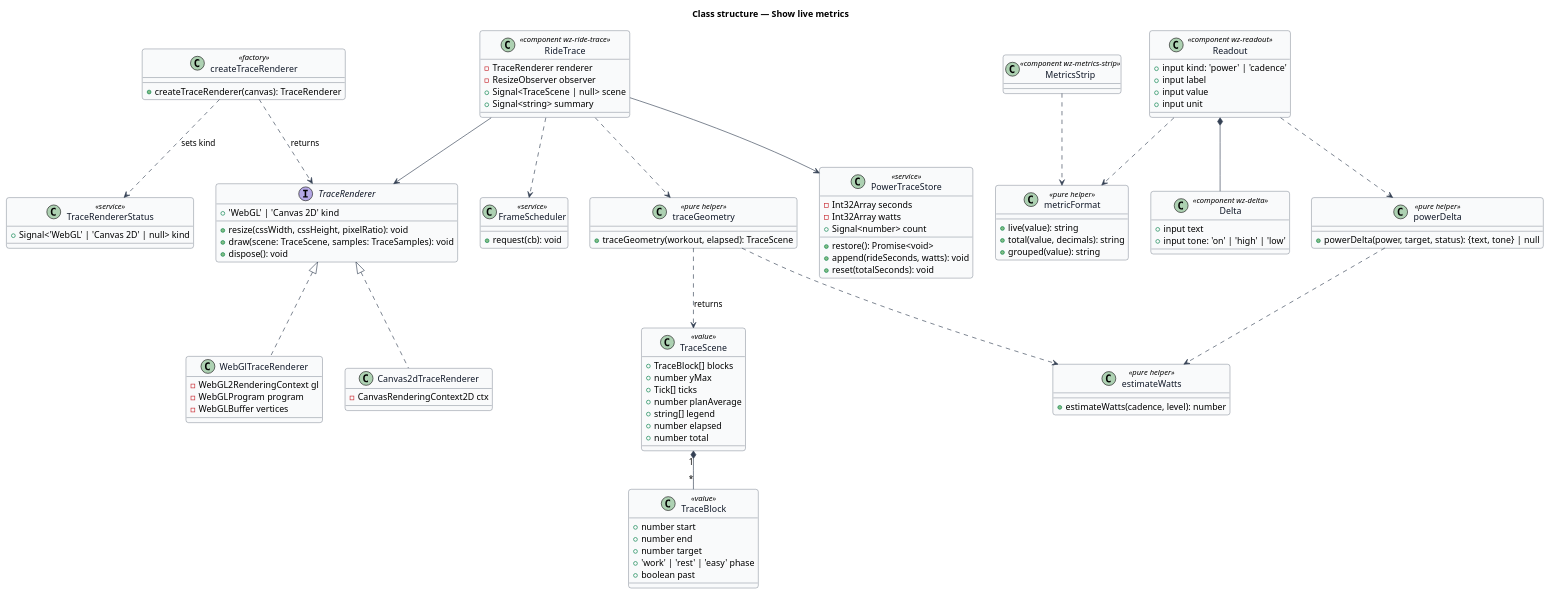
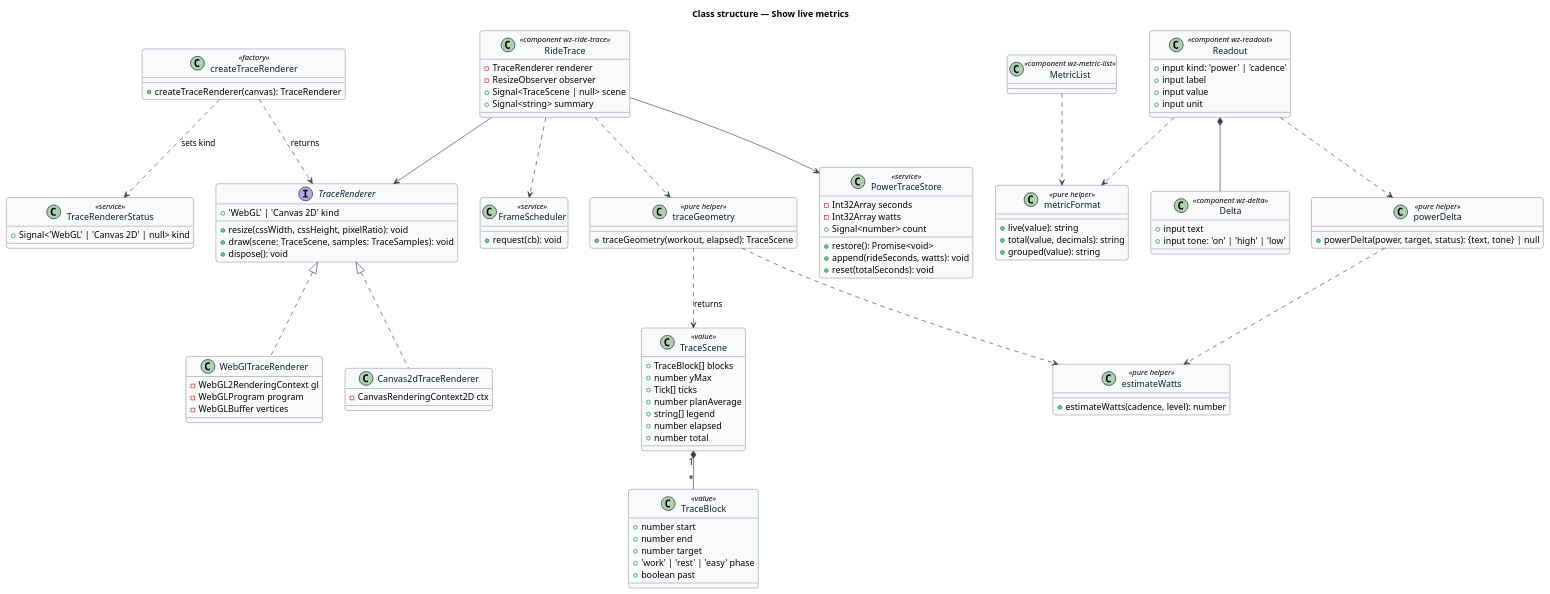
One commit to QuinntyneBrown/ride-one changed the diagram in docs/detailed-designs/dashboard/show-live-metrics/diagrams/class-structure.puml. Above: the diagram before and after it, drawn with PlantUML. The commit also changed 58 other files, not shown here.

```diff
--- a/docs/detailed-designs/dashboard/show-live-metrics/diagrams/class-structure.puml
+++ b/docs/detailed-designs/dashboard/show-live-metrics/diagrams/class-structure.puml
@@ -1,109 +1,109 @@
 @startuml
 skinparam backgroundColor #FFFFFF
 skinparam shadowing false
 skinparam roundcorner 8
 skinparam defaultFontName Arial
 skinparam ArrowColor #344054
 skinparam class {
   BorderColor #344054
   FontColor #101828
   BackgroundColor #F9FAFB
 }
 title Class structure — Show live metrics
 
 interface TraceRenderer {
   +'WebGL' | 'Canvas 2D' kind
   +resize(cssWidth, cssHeight, pixelRatio): void
   +draw(scene: TraceScene, samples: TraceSamples): void
   +dispose(): void
 }
 class WebGlTraceRenderer {
   -WebGL2RenderingContext gl
   -WebGLProgram program
   -WebGLBuffer vertices
 }
 class Canvas2dTraceRenderer {
   -CanvasRenderingContext2D ctx
 }
 class createTraceRenderer <<factory>> {
   +createTraceRenderer(canvas): TraceRenderer
 }
 class TraceRendererStatus <<service>> {
   +Signal<'WebGL' | 'Canvas 2D' | null> kind
 }
 class TraceScene <<value>> {
   +TraceBlock[] blocks
   +number yMax
   +Tick[] ticks
   +number planAverage
   +string[] legend
   +number elapsed
   +number total
 }
 class TraceBlock <<value>> {
   +number start
   +number end
   +number target
   +'work' | 'rest' | 'easy' phase
   +boolean past
 }
 class traceGeometry <<pure helper>> {
   +traceGeometry(workout, elapsed): TraceScene
 }
 class PowerTraceStore <<service>> {
   -Int32Array seconds
   -Int32Array watts
   +Signal<number> count
   +restore(): Promise<void>
   +append(rideSeconds, watts): void
   +reset(totalSeconds): void
 }
 class FrameScheduler <<service>> {
   +request(cb): void
 }
 class powerDelta <<pure helper>> {
   +powerDelta(power, target, status): {text, tone} | null
 }
 class metricFormat <<pure helper>> {
   +live(value): string
   +total(value, decimals): string
   +grouped(value): string
 }
 class estimateWatts <<pure helper>> {
   +estimateWatts(cadence, level): number
 }
 class Readout <<component wz-readout>> {
   +input kind: 'power' | 'cadence'
   +input label
   +input value
   +input unit
 }
 class Delta <<component wz-delta>> {
   +input text
   +input tone: 'on' | 'high' | 'low'
 }
-class MetricsStrip <<component wz-metrics-strip>>
+class MetricList <<component wz-metric-list>>
 class RideTrace <<component wz-ride-trace>> {
   -TraceRenderer renderer
   -ResizeObserver observer
   +Signal<TraceScene | null> scene
   +Signal<string> summary
 }
 
 TraceRenderer <|.. WebGlTraceRenderer
 TraceRenderer <|.. Canvas2dTraceRenderer
 createTraceRenderer ..> TraceRenderer : returns
 createTraceRenderer ..> TraceRendererStatus : sets kind
 RideTrace --> TraceRenderer
 RideTrace ..> traceGeometry
 RideTrace --> PowerTraceStore
 RideTrace ..> FrameScheduler
 TraceScene "1" *-- "*" TraceBlock
 traceGeometry ..> TraceScene : returns
 traceGeometry ..> estimateWatts
 Readout *-- Delta
 Readout ..> powerDelta
 Readout ..> metricFormat
-MetricsStrip ..> metricFormat
+MetricList ..> metricFormat
 powerDelta ..> estimateWatts
 @enduml
```
